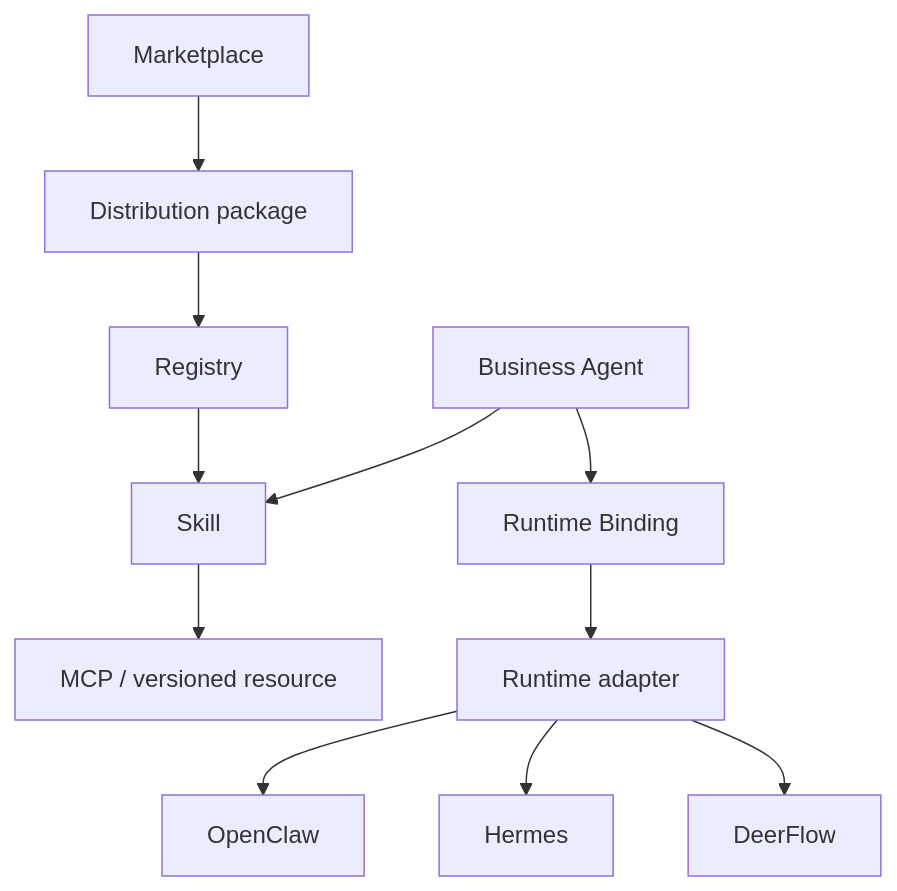
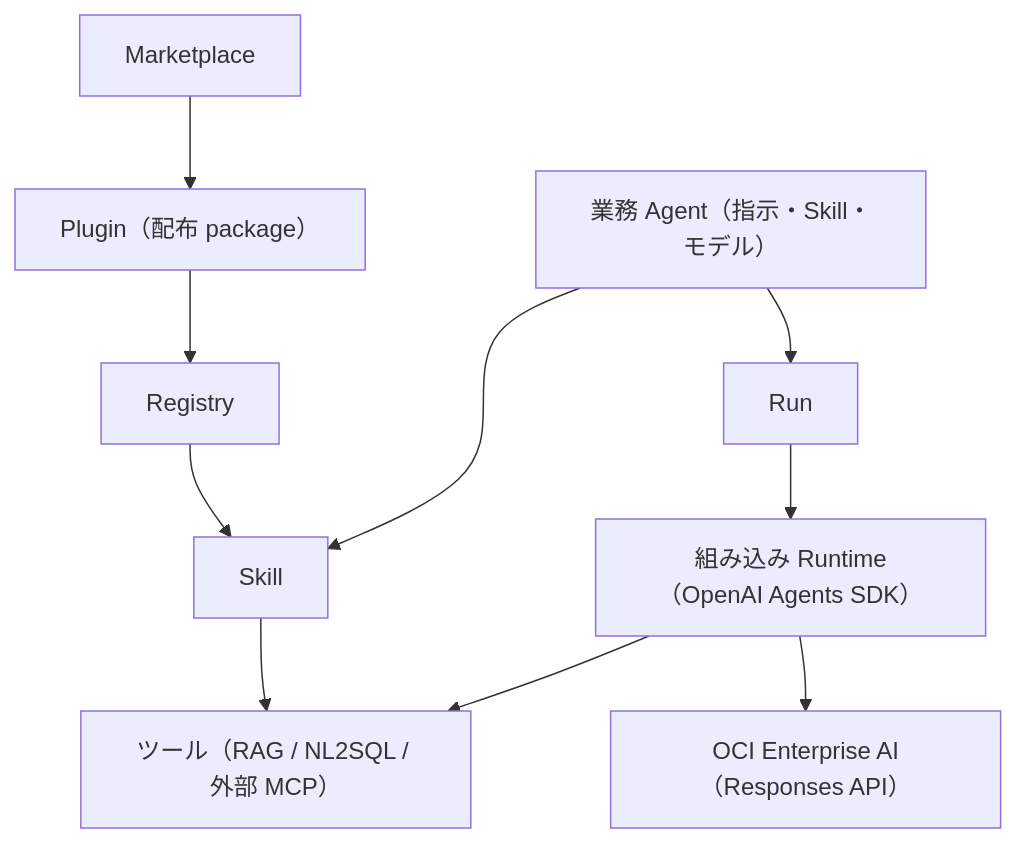
One commit to engchina/no.1-production-ready-suite changed the diagram in agent/docs/agent-control-plane-design.md. Above: the diagram before and after it, drawn with Mermaid. The commit also changed other lines of this file and 19 other files, not shown here.

First line of the commit message:
feat(agent): 組み込み Runtime（OpenAI Agents SDK + OCI Enterprise AI）を既定にし、外部 Runtime と Binding を削除する (#754)

````diff
--- a/agent/docs/agent-control-plane-design.md
+++ b/agent/docs/agent-control-plane-design.md
@@ -12,13 +12,12 @@
 ```mermaid
 flowchart TD
-  M["Marketplace"] --> P["Distribution package"]
+  M["Marketplace"] --> P["Plugin（配布 package）"]
   P --> R["Registry"]
   R --> S["Skill"]
-  S --> I["MCP / versioned resource"]
-  A["Business Agent"] --> S
-  A --> B["Runtime Binding"]
-  B --> X["Runtime adapter"]
-  X --> O["OpenClaw"]
-  X --> H["Hermes"]
-  X --> D["DeerFlow"]
+  S --> T["ツール（RAG / NL2SQL / 外部 MCP）"]
+  A["業務 Agent（指示・Skill・モデル）"] --> S
+  A --> X["Run"]
+  X --> B["組み込み Runtime（OpenAI Agents SDK）"]
+  B --> O["OCI Enterprise AI（Responses API）"]
+  B --> T
 ```
````
